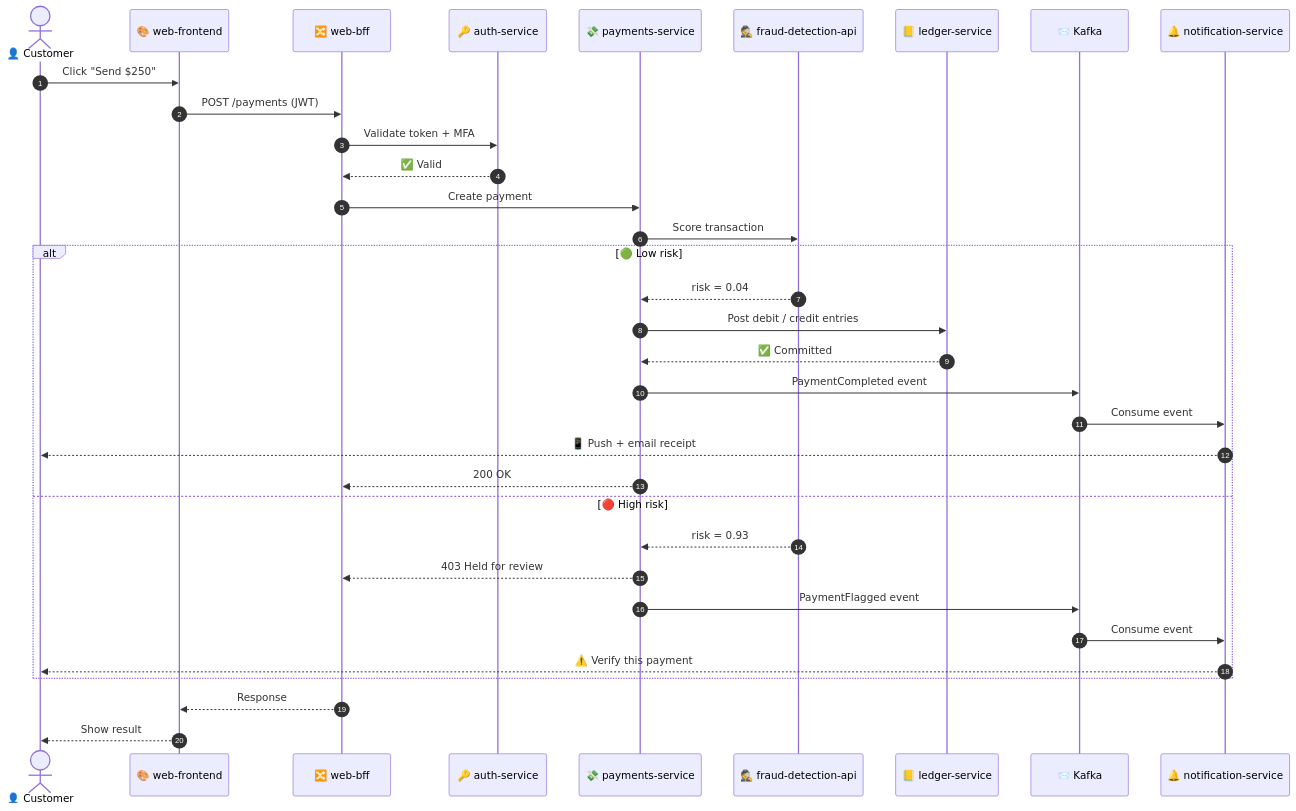
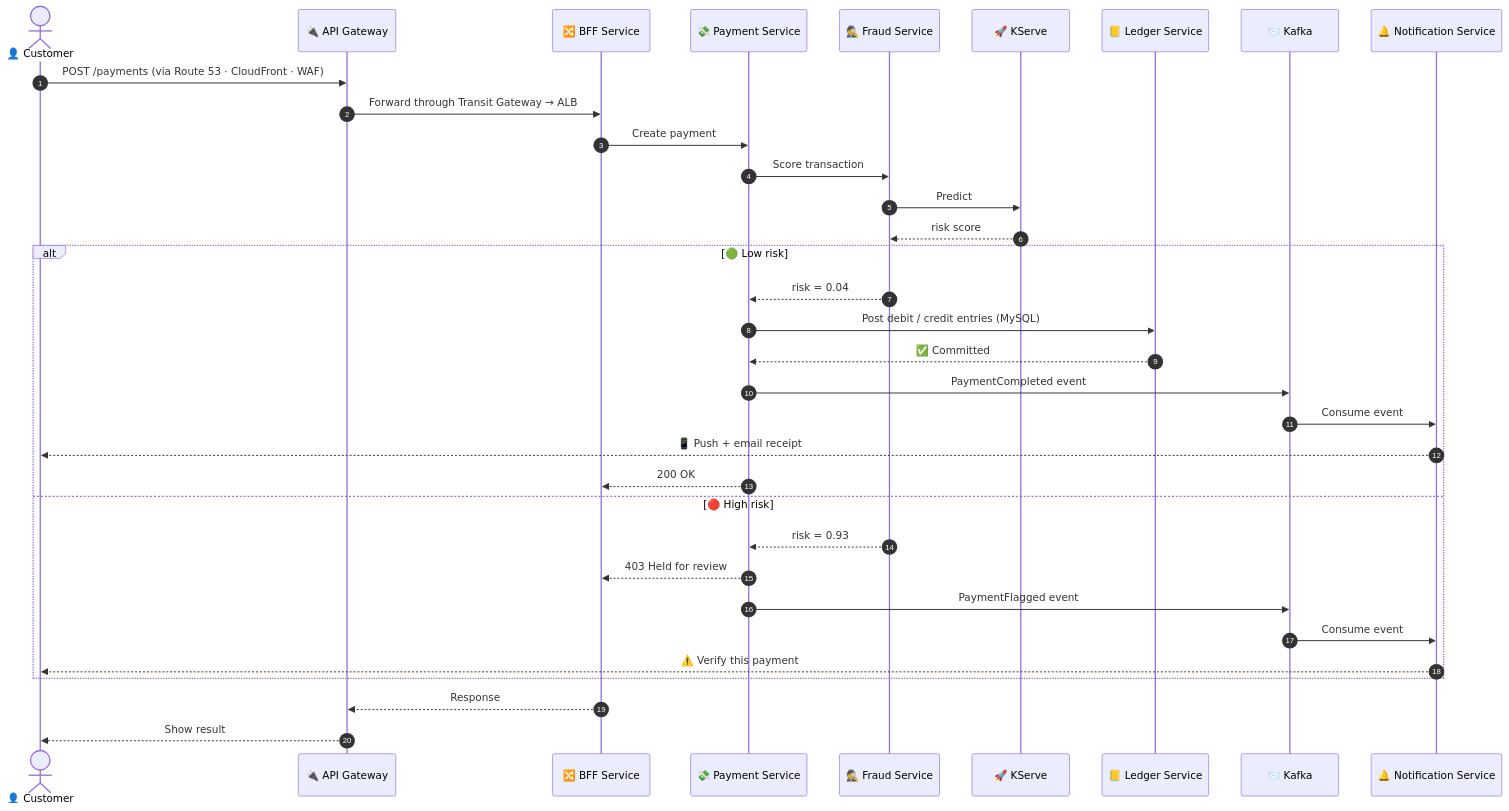
Before and after one commit to muntaha747/FinTech-Enterprise-Project: the seventh of 25 diagrams in README.md, drawn with Mermaid. The commit also changed other lines of this file and 1 other file, not shown here.

First line of the commit message:
README: align the whole README with the two architecture diagrams [skip ci]

````diff
--- a/README.md
+++ b/README.md
@@ -686,37 +521,37 @@
 ```mermaid
 sequenceDiagram
     autonumber
     actor C as 👤 Customer
-    participant FE as 🎨 web-frontend
-    participant BFF as 🔀 web-bff
-    participant AU as 🔑 auth-service
-    participant PAY as 💸 payments-service
-    participant FR as 🕵️ fraud-detection-api
-    participant LED as 📒 ledger-service
+    participant API as 🔌 API Gateway
+    participant BFF as 🔀 BFF Service
+    participant PAY as 💸 Payment Service
+    participant FR as 🕵️ Fraud Service
+    participant KS as 🚀 KServe
+    participant LED as 📒 Ledger Service
     participant K as 📨 Kafka
-    participant NT as 🔔 notification-service
+    participant NT as 🔔 Notification Service
 
-    C->>FE: Click "Send $250"
-    FE->>BFF: POST /payments (JWT)
-    BFF->>AU: Validate token + MFA
-    AU-->>BFF: ✅ Valid
+    C->>API: POST /payments (via Route 53 · CloudFront · WAF)
+    API->>BFF: Forward through Transit Gateway → ALB
     BFF->>PAY: Create payment
     PAY->>FR: Score transaction
+    FR->>KS: Predict
+    KS-->>FR: risk score
     alt 🟢 Low risk
         FR-->>PAY: risk = 0.04
-        PAY->>LED: Post debit / credit entries
+        PAY->>LED: Post debit / credit entries (MySQL)
         LED-->>PAY: ✅ Committed
         PAY->>K: PaymentCompleted event
         K->>NT: Consume event
         NT-->>C: 📱 Push + email receipt
         PAY-->>BFF: 200 OK
     else 🔴 High risk
         FR-->>PAY: risk = 0.93
         PAY-->>BFF: 403 Held for review
         PAY->>K: PaymentFlagged event
         K->>NT: Consume event
         NT-->>C: ⚠️ Verify this payment
     end
-    BFF-->>FE: Response
-    FE-->>C: Show result
+    BFF-->>API: Response
+    API-->>C: Show result
 ```
````
